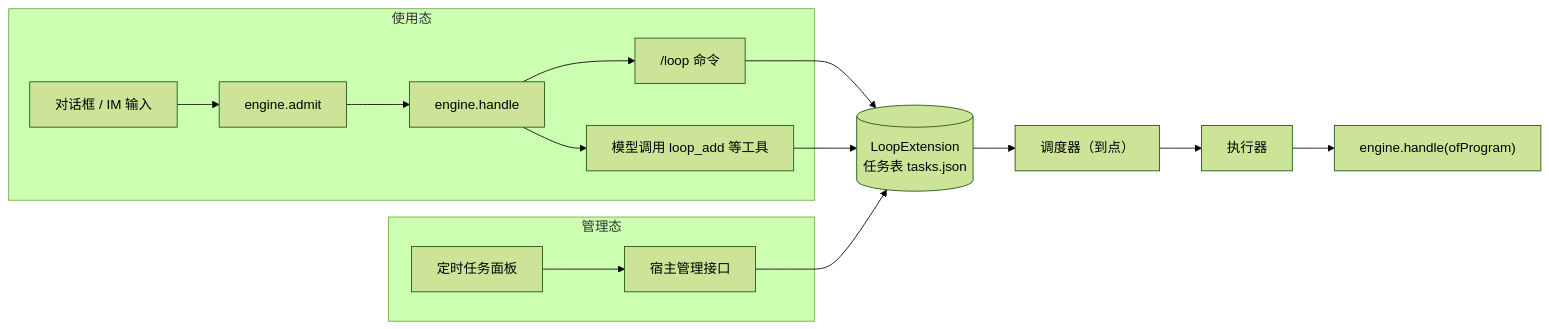
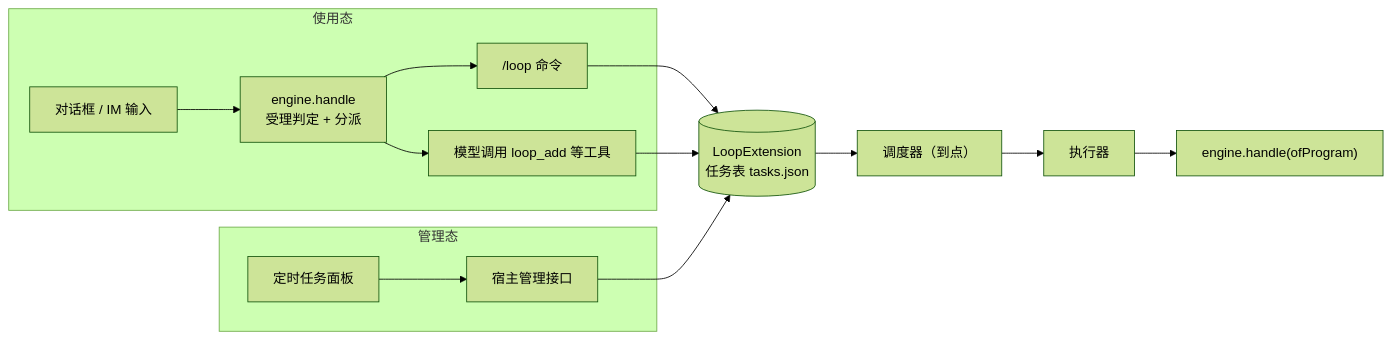
Before and after one commit to opensolon/solon-ai: the diagram in solon-ai-harness-loop/README.md, drawn with Mermaid (forest theme). The commit also changed other lines of this file and 33 other files, not shown here.

Commit message:
重构：将受理判定收拢进 handle 第 0 步，占位随请求释放，移除对外 AdmitDecision；InputGate 移至包内；补充受理契约测试

````diff
--- a/solon-ai-harness-loop/README.md
+++ b/solon-ai-harness-loop/README.md
@@ -137,15 +137,15 @@
 ```mermaid
 flowchart LR
     subgraph 使用态
-        U1["对话框 / IM 输入"] --> A["engine.admit"] --> H["engine.handle"]
+        U1["对话框 / IM 输入"] --> H["engine.handle<br/>受理判定 + 分派"]
         H --> C["/loop 命令"]
         H --> T["模型调用 loop_add 等工具"]
     end
     subgraph 管理态
         U2["定时任务面板"] --> API["宿主管理接口"]
     end
     C --> L[("LoopExtension<br/>任务表 tasks.json")]
     T --> L
     API --> L
     L --> J["调度器（到点）"] --> E["执行器"] --> R["engine.handle(ofProgram)"]
 ```
````
